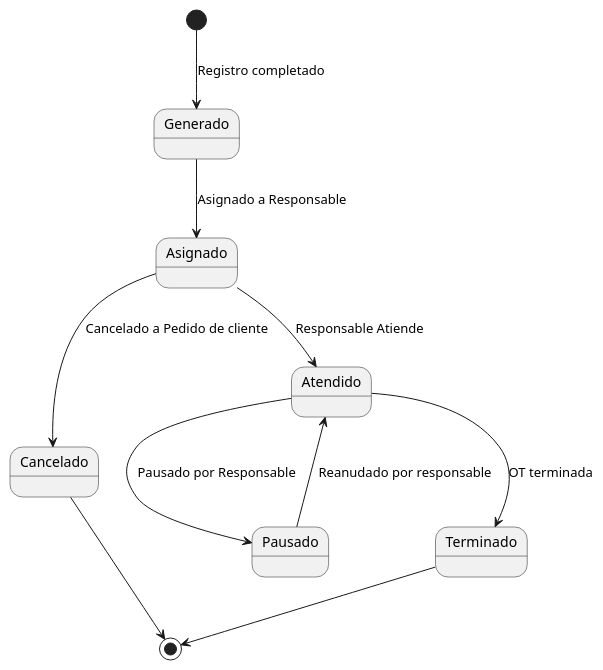
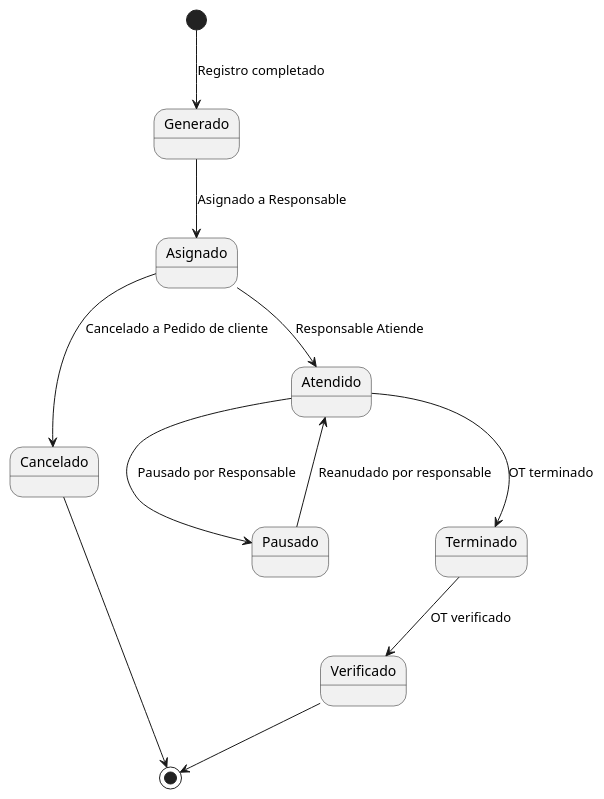
One commit to marcelolezcanodev/GarageGuru changed the diagram in Diagramas/estado-OrdenTrabajo.plantuml. Above: the diagram before and after it, drawn with PlantUML. The commit also changed 11 other files, not shown here.

```diff
--- a/Diagramas/estado-OrdenTrabajo.plantuml
+++ b/Diagramas/estado-OrdenTrabajo.plantuml
@@ -1,11 +1,12 @@
 @startuml estado-OT
 [*] --> Generado : Registro completado
 Generado --> Asignado : Asignado a Responsable
 Asignado --> Cancelado: Cancelado a Pedido de cliente
 Asignado --> Atendido : Responsable Atiende
 Atendido --> Pausado: Pausado por Responsable
 Pausado --> Atendido: Reanudado por responsable
-Atendido --> Terminado: OT terminada
+Atendido --> Terminado: OT terminado
+Terminado --> Verificado: OT verificado
 Cancelado --> [*]
-Terminado -->[*]
+Verificado -->[*]
 @enduml
```
